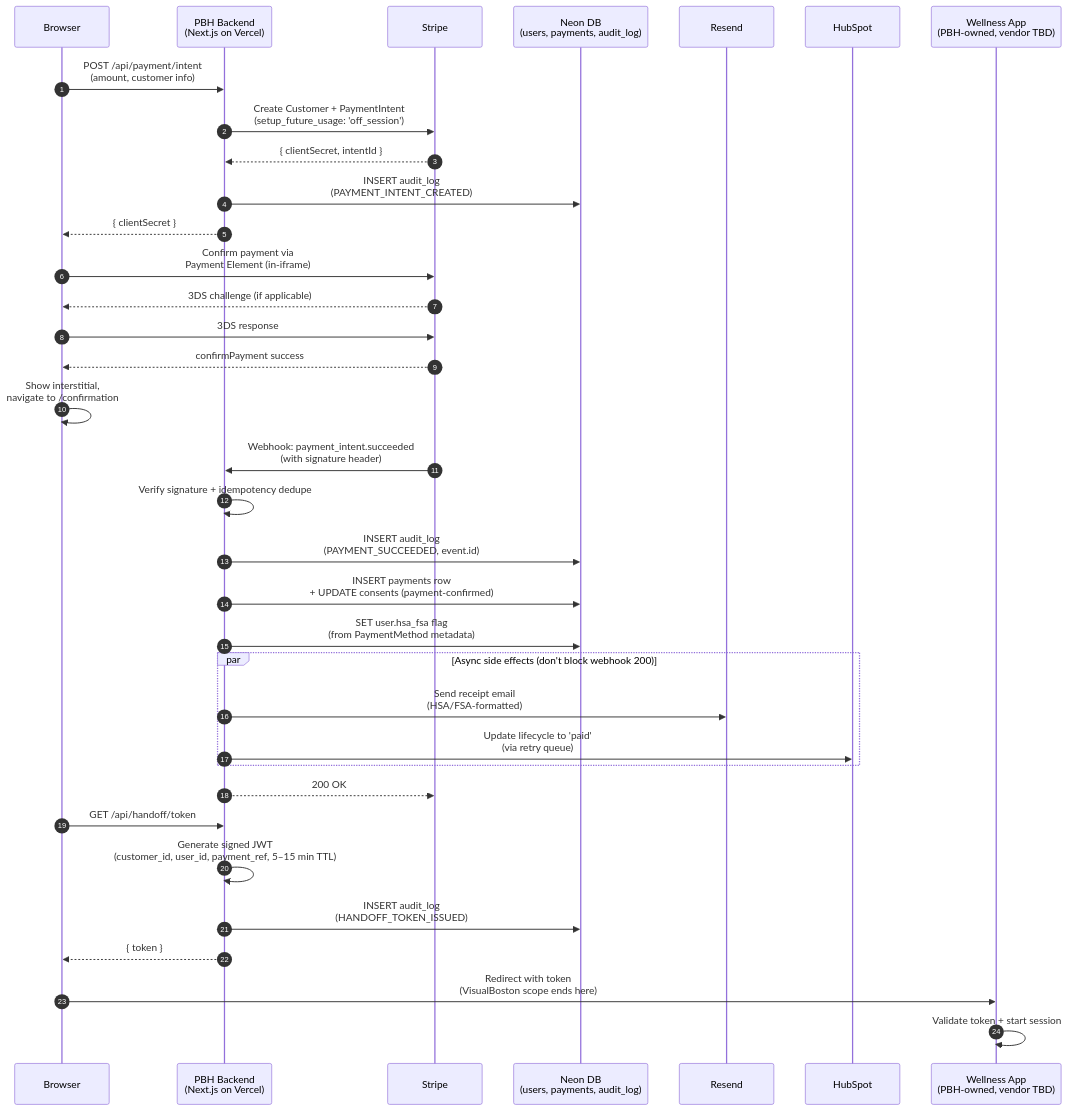
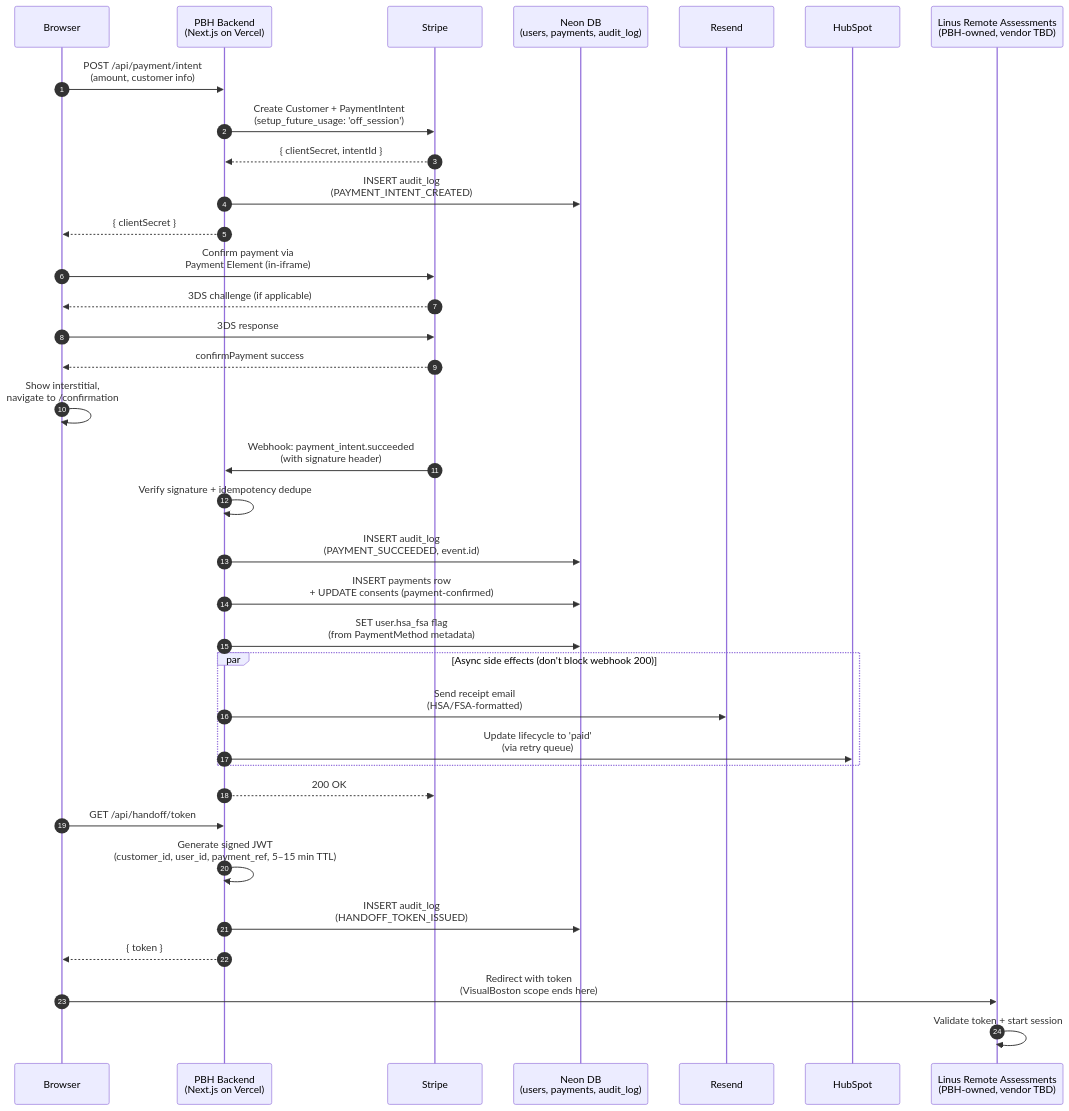
Before and after one commit to dbates-commits/primary-brain-health: the second of 3 diagrams in docs/sow2/technical/flow-diagrams.md, drawn with Mermaid. The commit also changed other lines of this file and 7 other files, not shown here.

First line of the commit message:
docs(sow2): rename "wellness app" to "Linus Remote Assessments"

````diff
--- a/docs/sow2/technical/flow-diagrams.md
+++ b/docs/sow2/technical/flow-diagrams.md
@@ -61,45 +61,45 @@
 ```mermaid
 sequenceDiagram
     autonumber
     participant Browser
     participant PBH as PBH Backend<br/>(Next.js on Vercel)
     participant Stripe
     participant Neon as Neon DB<br/>(users, payments, audit_log)
     participant Resend
     participant HubSpot
-    participant Wellness as Wellness App<br/>(PBH-owned, vendor TBD)
+    participant Wellness as Linus Remote Assessments<br/>(PBH-owned, vendor TBD)
 
     Browser->>PBH: POST /api/payment/intent<br/>(amount, customer info)
     PBH->>Stripe: Create Customer + PaymentIntent<br/>(setup_future_usage: 'off_session')
     Stripe-->>PBH: { clientSecret, intentId }
     PBH->>Neon: INSERT audit_log<br/>(PAYMENT_INTENT_CREATED)
     PBH-->>Browser: { clientSecret }
 
     Browser->>Stripe: Confirm payment via<br/>Payment Element (in-iframe)
     Stripe-->>Browser: 3DS challenge (if applicable)
     Browser->>Stripe: 3DS response
     Stripe-->>Browser: confirmPayment success
 
     Browser->>Browser: Show interstitial,<br/>navigate to /confirmation
 
     Stripe->>PBH: Webhook: payment_intent.succeeded<br/>(with signature header)
     PBH->>PBH: Verify signature + idempotency dedupe
     PBH->>Neon: INSERT audit_log<br/>(PAYMENT_SUCCEEDED, event.id)
     PBH->>Neon: INSERT payments row<br/>+ UPDATE consents (payment-confirmed)
     PBH->>Neon: SET user.hsa_fsa flag<br/>(from PaymentMethod metadata)
 
     par Async side effects (don't block webhook 200)
         PBH->>Resend: Send receipt email<br/>(HSA/FSA-formatted)
         PBH->>HubSpot: Update lifecycle to 'paid'<br/>(via retry queue)
     end
 
     PBH-->>Stripe: 200 OK
 
     Browser->>PBH: GET /api/handoff/token
     PBH->>PBH: Generate signed JWT<br/>(customer_id, user_id, payment_ref, 5–15 min TTL)
     PBH->>Neon: INSERT audit_log<br/>(HANDOFF_TOKEN_ISSUED)
     PBH-->>Browser: { token }
 
     Browser->>Wellness: Redirect with token<br/>(VisualBoston scope ends here)
     Wellness->>Wellness: Validate token + start session
 ```
````
